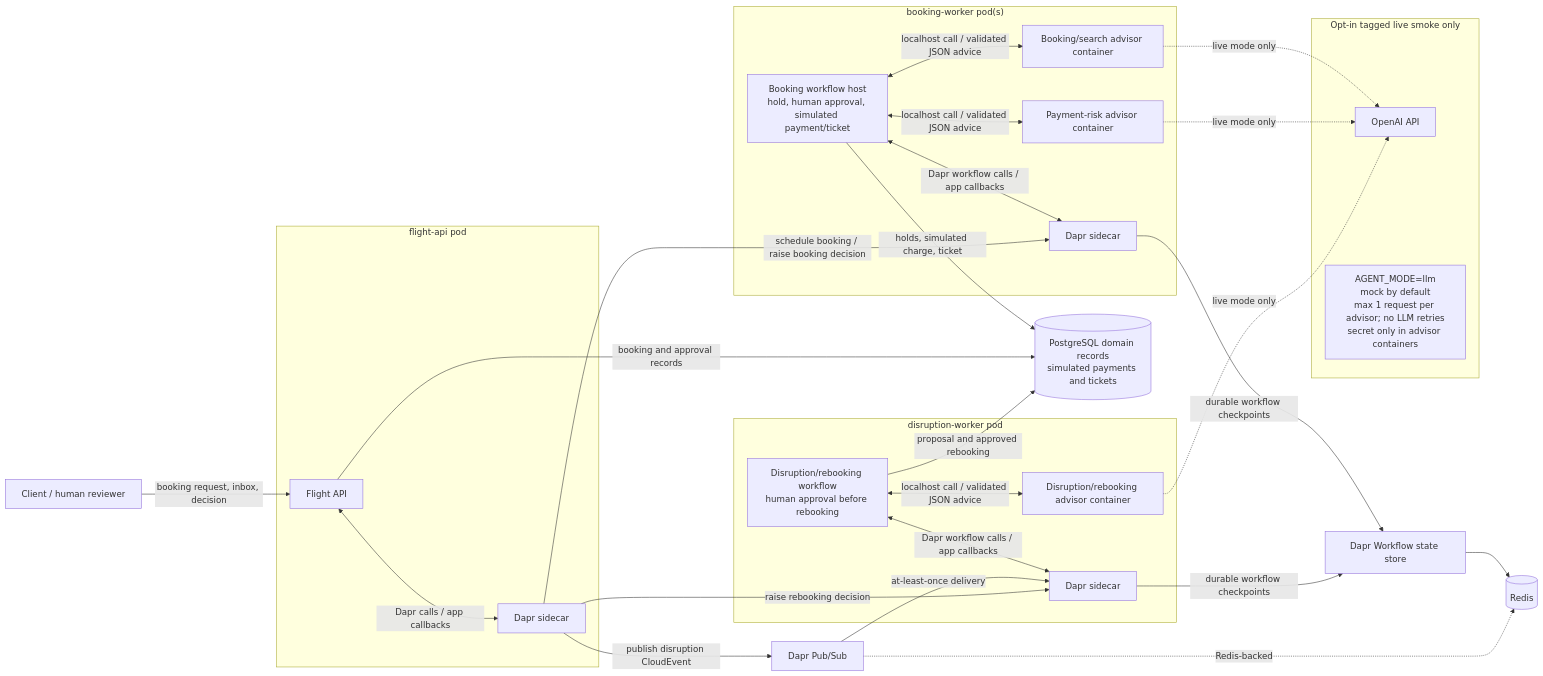
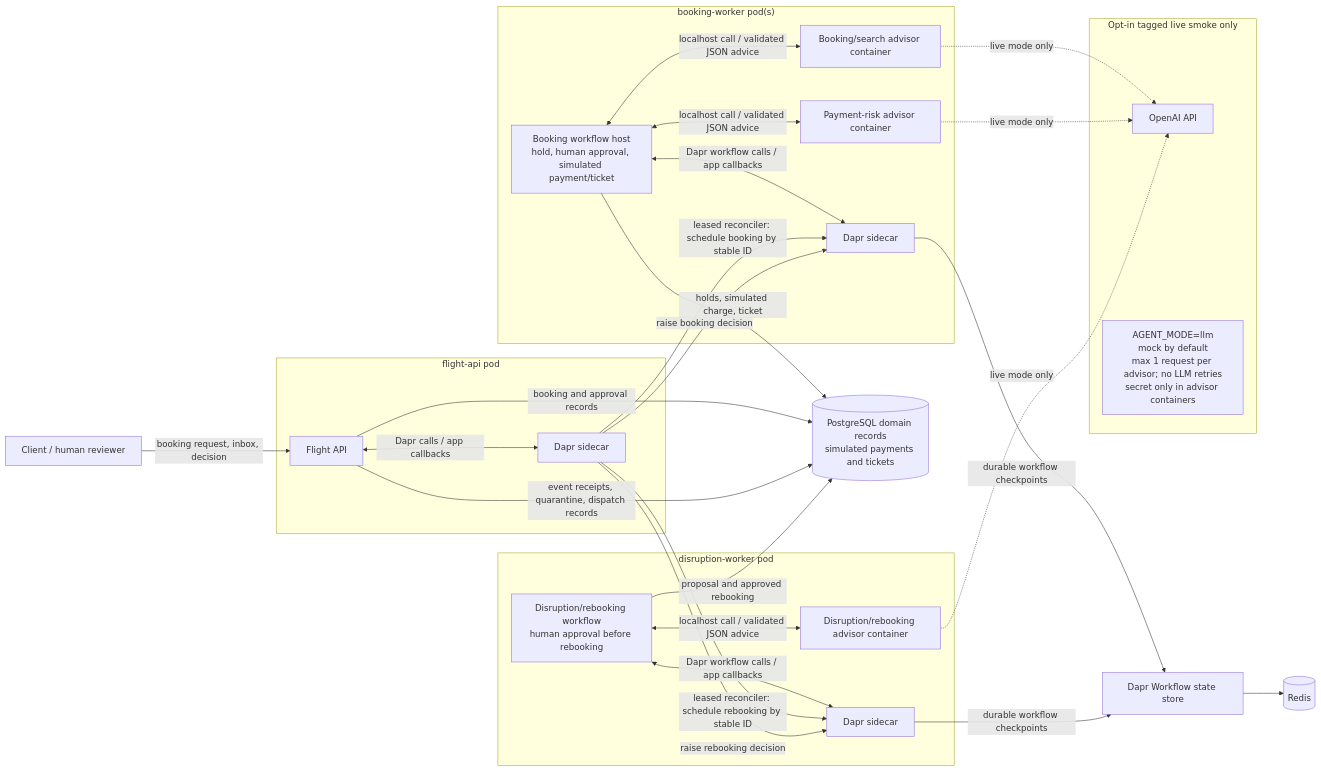
One commit to Ayush-Deloitte2003/story-agent changed the diagram in step4/README.md. Above: the diagram before and after it, drawn with Mermaid. The commit also changed other lines of this file and 10 other files, not shown here.

Commit message:
Add durable event receipts, quarantine and leased dispatch for Step 4

````diff
--- a/step4/README.md
+++ b/step4/README.md
@@ -27,51 +27,51 @@
 ```mermaid
 flowchart LR
   Client[Client / human reviewer]
 
   subgraph API_POD["flight-api pod"]
     API[Flight API]
     API_DAPR[Dapr sidecar]
     API <-->|Dapr calls / app callbacks| API_DAPR
   end
 
   subgraph BOOKING_POD["booking-worker pod(s)"]
     BW[Booking workflow host<br/>hold, human approval, simulated payment/ticket]
     BW_DAPR[Dapr sidecar]
     BA[Booking/search advisor container]
     PA[Payment-risk advisor container]
     BW <-->|Dapr workflow calls / app callbacks| BW_DAPR
     BW <-->|localhost call / validated JSON advice| BA
     BW <-->|localhost call / validated JSON advice| PA
   end
 
   subgraph DISRUPTION_POD["disruption-worker pod"]
     DW[Disruption/rebooking workflow<br/>human approval before rebooking]
     DW_DAPR[Dapr sidecar]
     DA[Disruption/rebooking advisor container]
     DW <-->|Dapr workflow calls / app callbacks| DW_DAPR
     DW <-->|localhost call / validated JSON advice| DA
   end
 
   Client -->|booking request, inbox, decision| API
   API -->|booking and approval records| PG[(PostgreSQL domain records<br/>simulated payments and tickets)]
-  API_DAPR -->|schedule booking / raise booking decision| BW_DAPR
+  API_DAPR -->|leased reconciler: schedule booking by stable ID| BW_DAPR
+  API_DAPR -->|raise booking decision| BW_DAPR
   BW -->|holds, simulated charge, ticket| PG
   BW_DAPR -->|durable workflow checkpoints| State[Dapr Workflow state store]
 
-  API_DAPR -->|publish disruption CloudEvent| PS[Dapr Pub/Sub]
-  PS -->|at-least-once delivery| DW_DAPR
+  API -->|event receipts, quarantine, dispatch records| PG
+  API_DAPR -->|leased reconciler: schedule rebooking by stable ID| DW_DAPR
   API_DAPR -->|raise rebooking decision| DW_DAPR
   DW -->|proposal and approved rebooking| PG
   DW_DAPR -->|durable workflow checkpoints| State
 
   State --> Redis[(Redis)]
-  PS -. Redis-backed .-> Redis
 
   subgraph LIVE_LLM["Opt-in tagged live smoke only"]
     LLM[OpenAI API]
     Limit["AGENT_MODE=llm<br/>mock by default<br/>max 1 request per advisor; no LLM retries<br/>secret only in advisor containers"]
   end
   BA -.->|live mode only| LLM
   PA -.->|live mode only| LLM
   DA -.->|live mode only| LLM
 ```
````
